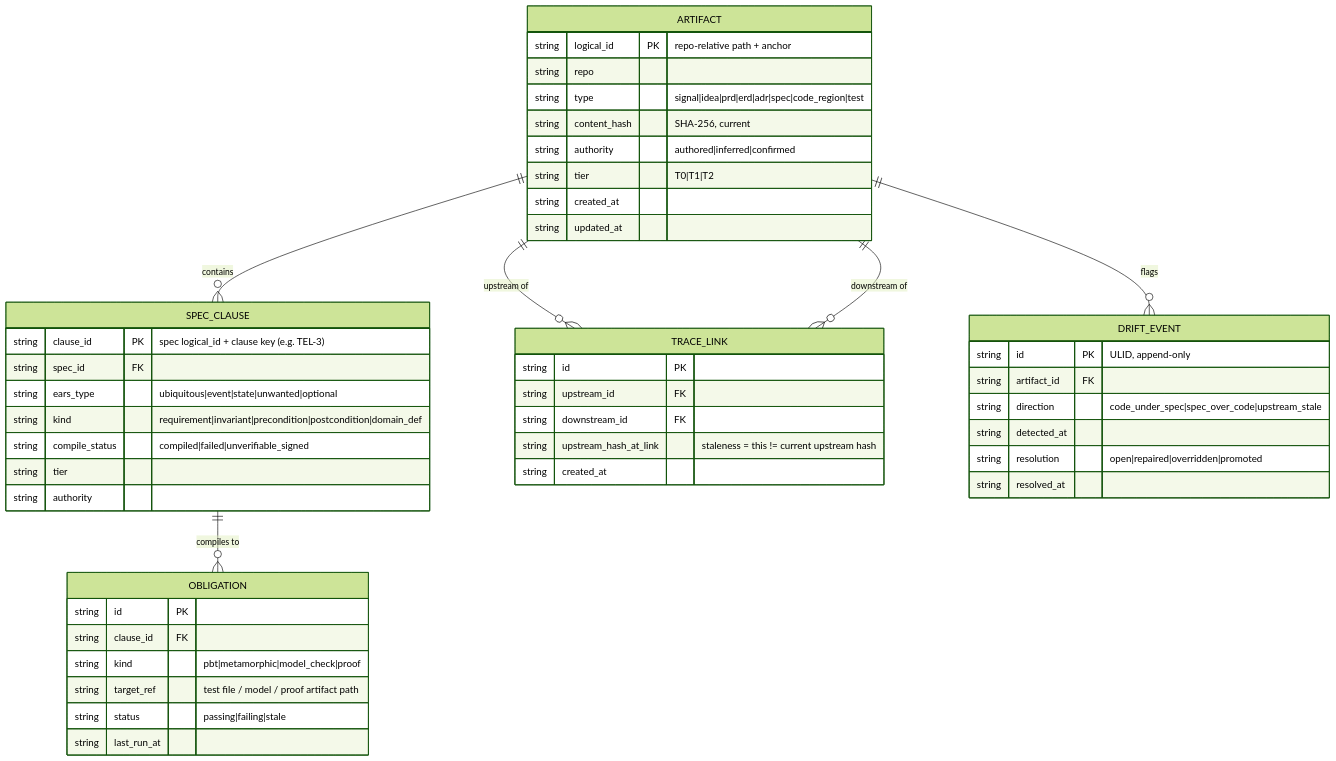
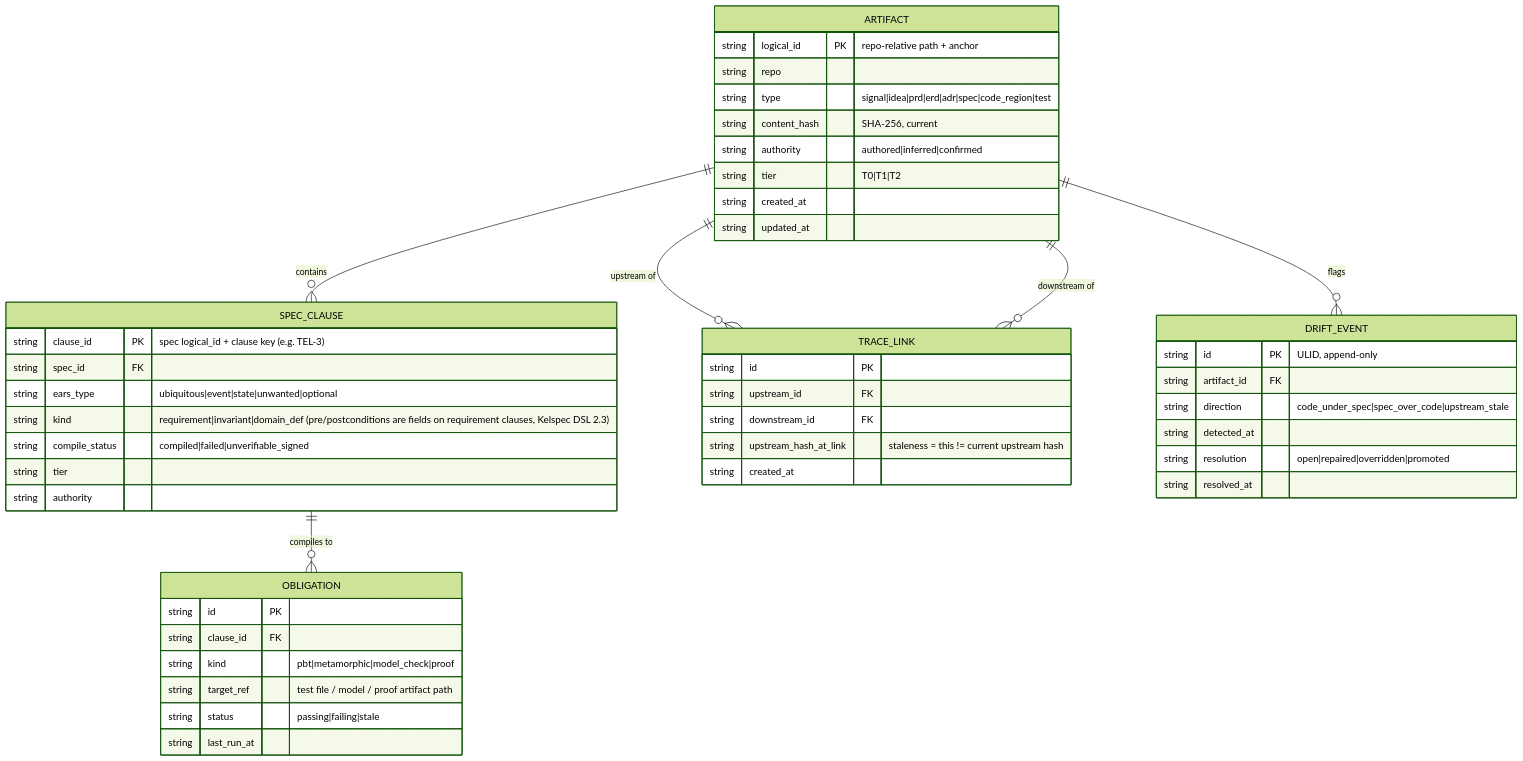
Before and after one commit to BrendanShields/obligato: the first of 5 diagrams in docs/specs/2026-07-02-agent-harness-erd.md, drawn with Mermaid (forest theme). The commit also changed other lines of this file and 6 other files, not shown here.

````diff
--- a/docs/specs/2026-07-02-agent-harness-erd.md
+++ b/docs/specs/2026-07-02-agent-harness-erd.md
@@ -33,51 +33,51 @@
 ```mermaid
 erDiagram
     ARTIFACT ||--o{ SPEC_CLAUSE : contains
     SPEC_CLAUSE ||--o{ OBLIGATION : "compiles to"
     ARTIFACT ||--o{ TRACE_LINK : "upstream of"
     ARTIFACT ||--o{ TRACE_LINK : "downstream of"
     ARTIFACT ||--o{ DRIFT_EVENT : flags
 
     ARTIFACT {
         string logical_id PK "repo-relative path + anchor"
         string repo
         string type "signal|idea|prd|erd|adr|spec|code_region|test"
         string content_hash "SHA-256, current"
         string authority "authored|inferred|confirmed"
         string tier "T0|T1|T2"
         string created_at
         string updated_at
     }
     SPEC_CLAUSE {
         string clause_id PK "spec logical_id + clause key (e.g. TEL-3)"
         string spec_id FK
         string ears_type "ubiquitous|event|state|unwanted|optional"
-        string kind "requirement|invariant|precondition|postcondition|domain_def"
+        string kind "requirement|invariant|domain_def (pre/postconditions are fields on requirement clauses, Kelspec DSL 2.3)"
         string compile_status "compiled|failed|unverifiable_signed"
         string tier
         string authority
     }
     OBLIGATION {
         string id PK
         string clause_id FK
         string kind "pbt|metamorphic|model_check|proof"
         string target_ref "test file / model / proof artifact path"
         string status "passing|failing|stale"
         string last_run_at
     }
     TRACE_LINK {
         string id PK
         string upstream_id FK
         string downstream_id FK
         string upstream_hash_at_link "staleness = this != current upstream hash"
         string created_at
     }
     DRIFT_EVENT {
         string id PK "ULID, append-only"
         string artifact_id FK
         string direction "code_under_spec|spec_over_code|upstream_stale"
         string detected_at
         string resolution "open|repaired|overridden|promoted"
         string resolved_at
     }
 ```
````
